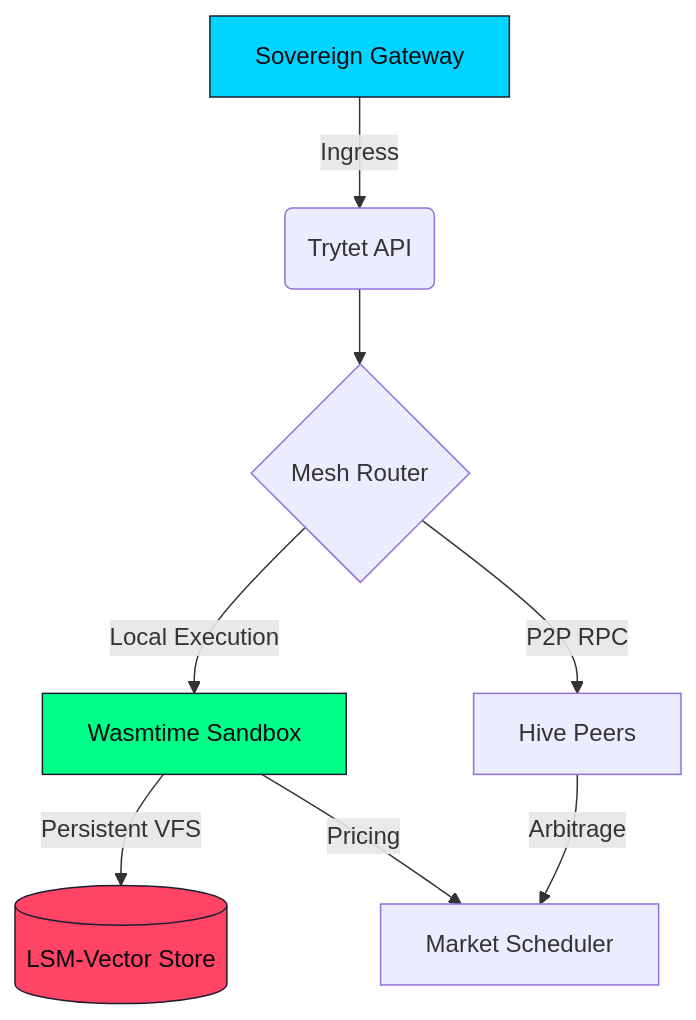
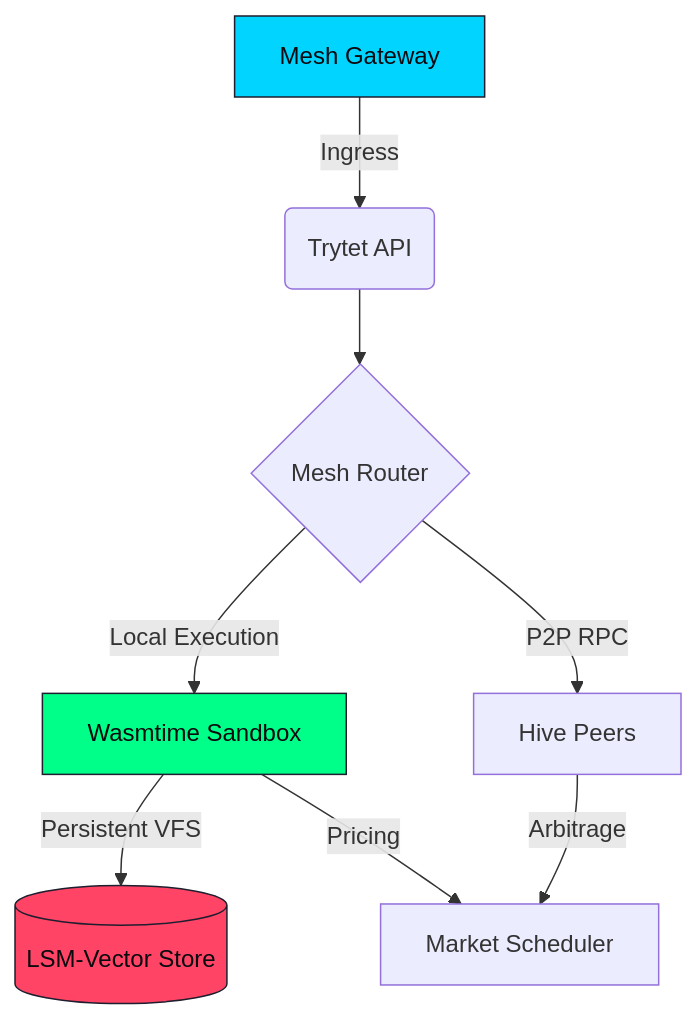
The diagram in README.md (bneb/trytet), drawn with Mermaid before and after one commit. The commit also changed 6 other files, not shown here.

````diff
--- a/README.md
+++ b/README.md
@@ -22,14 +22,14 @@
 ```mermaid
 graph TD
-    A[Sovereign Gateway] -->|Ingress| B(Trytet API)
+    A[Mesh Gateway] -->|Ingress| B(Trytet API)
     B --> C{Mesh Router}
     C -->|Local Execution| D[Wasmtime Sandbox]
     C -->|P2P RPC| E[Hive Peers]
     D -->|Persistent VFS| F[(LSM-Vector Store)]
     D -->|Pricing| G[Market Scheduler]
     E -->|Arbitrage| G
     
     style A fill:#00d4ff,stroke:#1e1e2e,color:#0a0a0f
     style D fill:#00ff88,stroke:#1e1e2e,color:#0a0a0f
     style F fill:#ff4466,stroke:#1e1e2e,color:#0a0a0f
 ```
````
